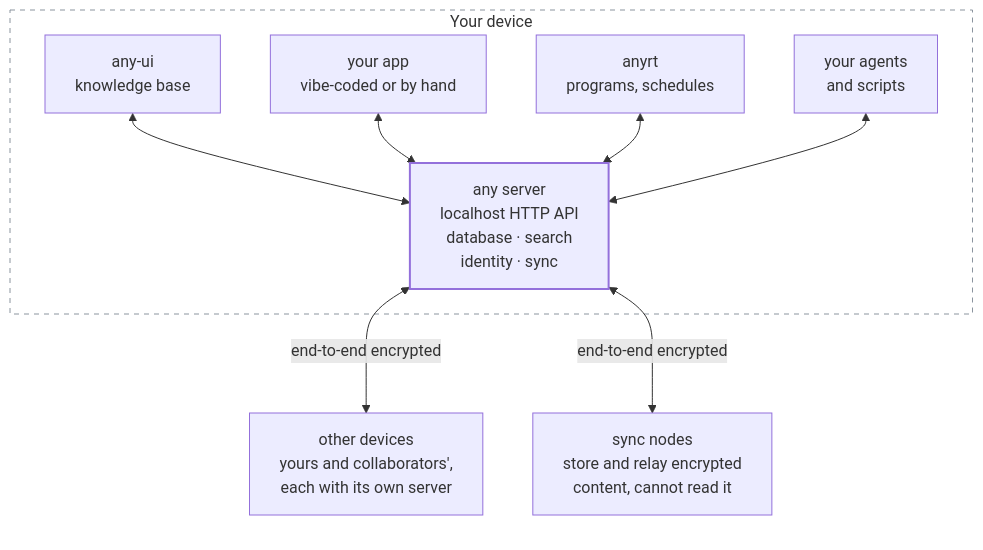
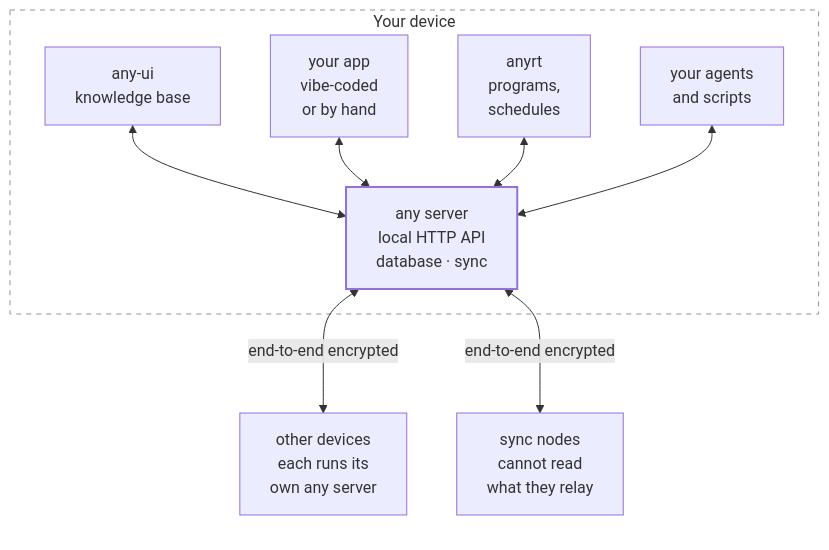
Before and after one commit to anyproto/any: the diagram in README.md, drawn with Mermaid.

Commit message:
docs: keep the README diagram labels to short lines
GitHub wraps Mermaid node labels at about fifteen characters, so each
label line now fits that width and breaks only where the source says.

````diff
--- a/README.md
+++ b/README.md
@@ -51,23 +51,23 @@
 ```mermaid
 flowchart TB
     subgraph device["Your device"]
         ui["any-ui<br/>knowledge base"]
-        app["your app<br/>vibe-coded or by hand"]
-        rt["anyrt<br/>programs, schedules"]
+        app["your app<br/>vibe-coded<br/>or by hand"]
+        rt["anyrt<br/>programs,<br/>schedules"]
         agents["your agents<br/>and scripts"]
-        server["any server<br/>localhost HTTP API<br/>database · search<br/>identity · sync"]
+        server["any server<br/>local HTTP API<br/>database · sync"]
         ui <--> server
         app <--> server
         rt <--> server
         agents <--> server
     end
     subgraph network[" "]
-        peers["other devices<br/>yours and collaborators',<br/>each with its own server"]
-        nodes["sync nodes<br/>store and relay encrypted<br/>content, cannot read it"]
+        peers["other devices<br/>each runs its<br/>own any server"]
+        nodes["sync nodes<br/>cannot read<br/>what they relay"]
     end
     server <-- "end-to-end encrypted" --> peers
     server <-- "end-to-end encrypted" --> nodes
     style server stroke-width:2px
     style device fill:transparent,stroke:#8b949e,stroke-dasharray:5 5
     style network fill:transparent,stroke:transparent
 ```
````
